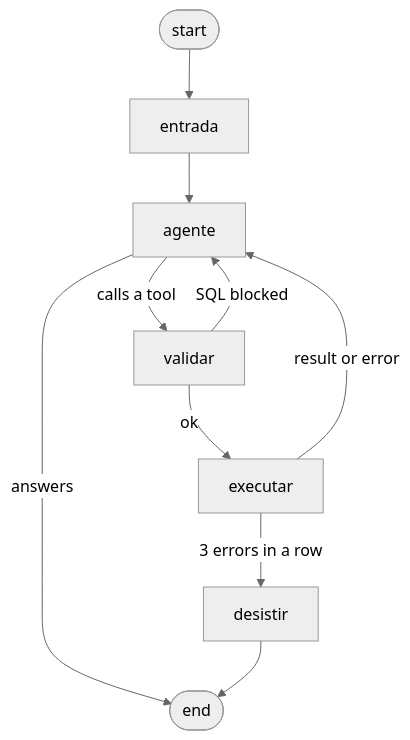
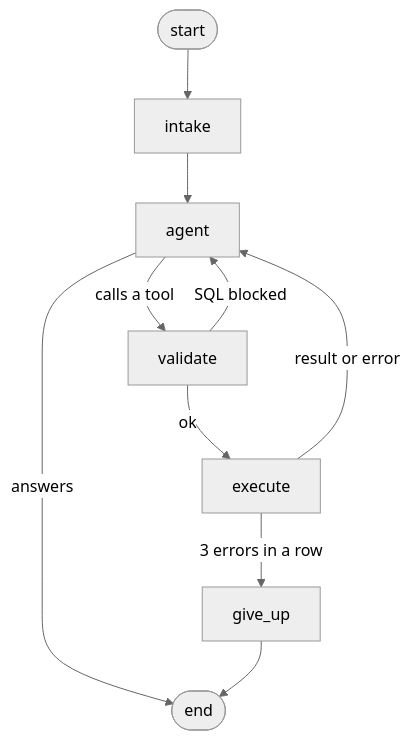
One commit to thiagoCardoso13/Project_AI_Agent changed the diagram in README.md. Above: the diagram before and after it, drawn with Mermaid (neutral theme). The commit also changed other lines of this file and 10 other files, not shown here.

Commit message:
Translate code, prompts, UI and diagram to English

````diff
--- a/README.md
+++ b/README.md
@@ -15,12 +15,12 @@
 ```mermaid
 graph TD;
-    start([start]) --> entrada
-    entrada --> agente
-    agente -- "answers" --> done([end])
-    agente -- "calls a tool" --> validar
-    validar -- "SQL blocked" --> agente
-    validar -- "ok" --> executar
-    executar -- "result or error" --> agente
-    executar -- "3 errors in a row" --> desistir
-    desistir --> done
+    start([start]) --> intake
+    intake --> agent
+    agent -- "answers" --> done([end])
+    agent -- "calls a tool" --> validate
+    validate -- "SQL blocked" --> agent
+    validate -- "ok" --> execute
+    execute -- "result or error" --> agent
+    execute -- "3 errors in a row" --> give_up
+    give_up --> done
 ```
````
